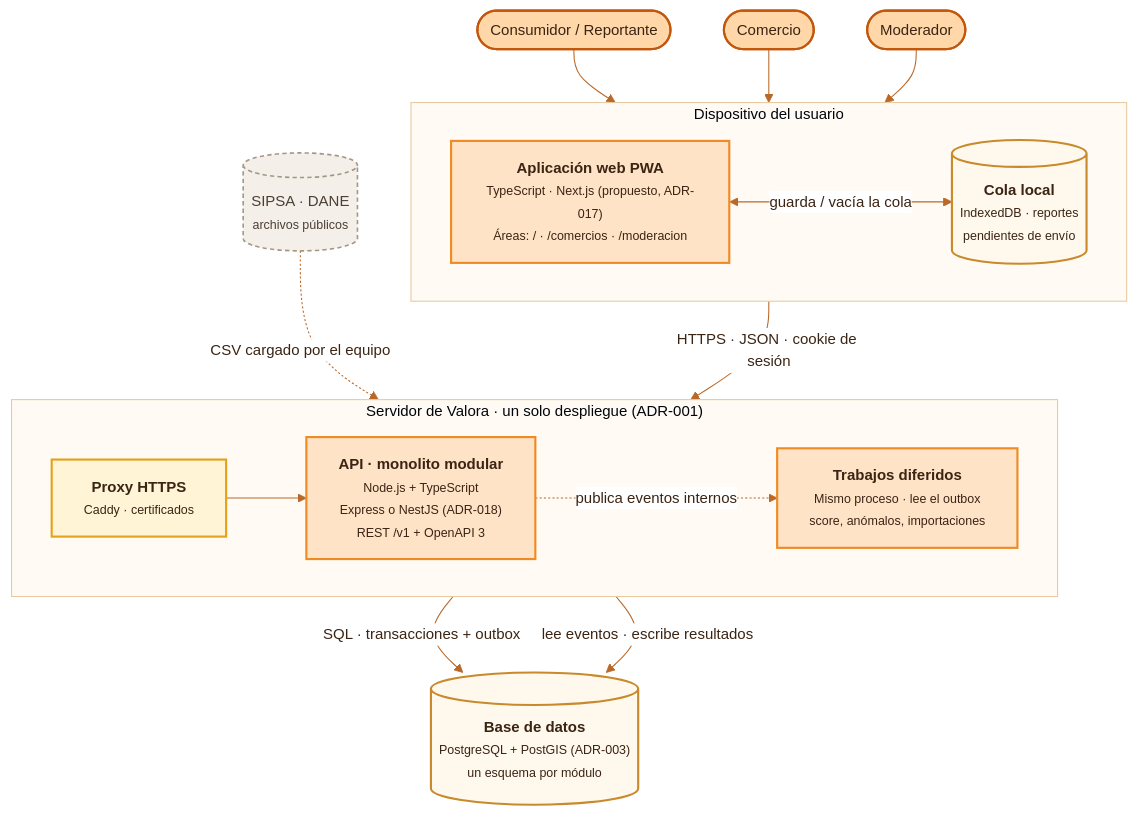
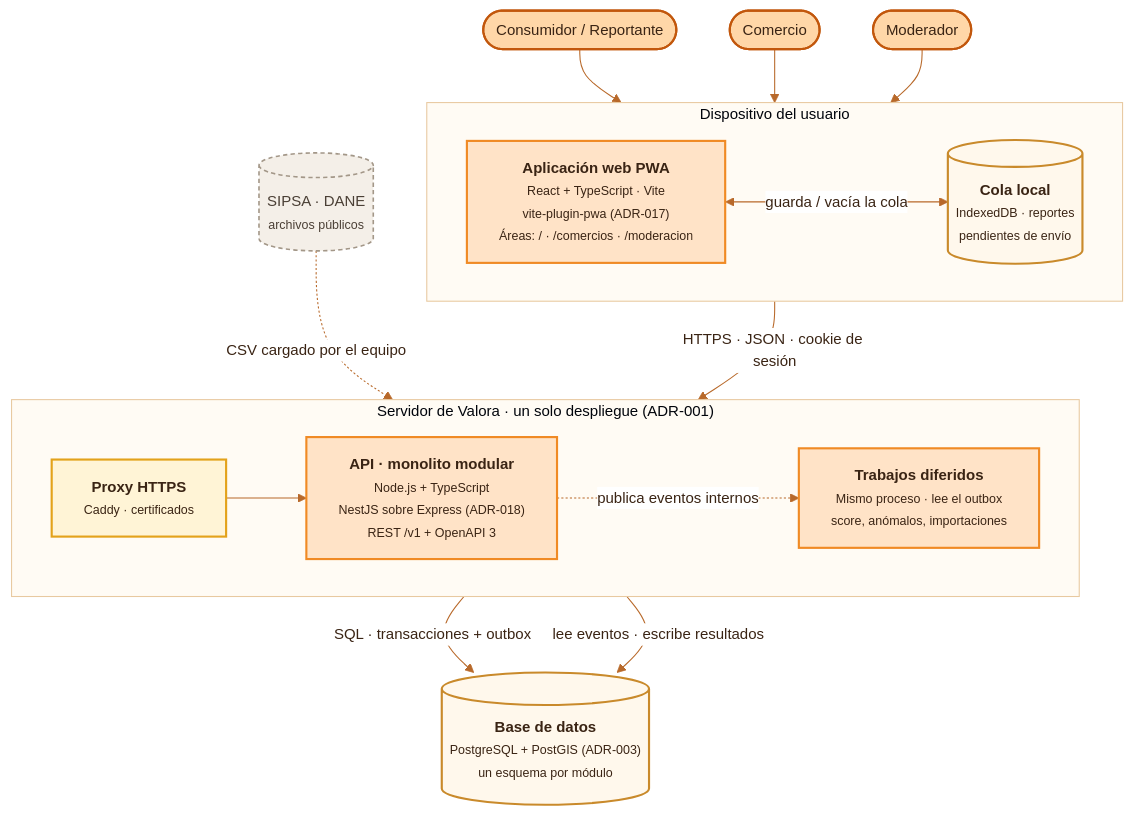
One commit to JuanJo0775/Sistema_valora_B changed the diagram in docs/diagramas/02-c4-contenedores.mmd. Above: the diagram before and after it, drawn with Mermaid. The commit also changed 3 other files, not shown here.

First line of the commit message:
docs: registrar frameworks aceptados (React + Vite y NestJS)

```diff
--- a/docs/diagramas/02-c4-contenedores.mmd
+++ b/docs/diagramas/02-c4-contenedores.mmd
@@ -1,38 +1,38 @@
 %%{init: {"theme":"base","themeVariables":{"fontFamily":"DejaVu Sans, Verdana, Arial, sans-serif","fontSize":"14px","primaryColor":"#FFF1DF","primaryBorderColor":"#F08A24","primaryTextColor":"#3A2414","secondaryColor":"#FFF7D6","tertiaryColor":"#FFFBF4","lineColor":"#B8692A","textColor":"#3A2414","clusterBkg":"#FFFBF4","clusterBorder":"#E8C9A0","edgeLabelBackground":"#FFFFFF","actorBkg":"#FFE3C7","actorBorder":"#F08A24","actorTextColor":"#3A2414","actorLineColor":"#E8B98A","signalColor":"#8A4B14","signalTextColor":"#3A2414","labelBoxBkgColor":"#FFE3C7","labelBoxBorderColor":"#F08A24","labelTextColor":"#3A2414","loopTextColor":"#8A4B14","noteBkgColor":"#FFF7D6","noteBorderColor":"#E3A21A","noteTextColor":"#3A2414","activationBkgColor":"#FFD7A8","activationBorderColor":"#F08A24","sequenceNumberColor":"#FFFFFF"}}}%%
 flowchart TB
   CON(["Consumidor / Reportante"]):::persona
   COM(["Comercio"]):::persona
   MOD(["Moderador"]):::persona
   subgraph DEV["Dispositivo del usuario"]
     direction LR
-    WEB["<b>Aplicación web PWA</b><br/><small>TypeScript · Next.js (propuesto, ADR-017)<br/>Áreas: / · /comercios · /moderacion</small>"]:::nucleo
+    WEB["<b>Aplicación web PWA</b><br/><small>React + TypeScript · Vite<br/>vite-plugin-pwa (ADR-017)<br/>Áreas: / · /comercios · /moderacion</small>"]:::nucleo
     IDB[("<b>Cola local</b><br/><small>IndexedDB · reportes<br/>pendientes de envío</small>")]:::datos
   end
   subgraph SRV["Servidor de Valora · un solo despliegue (ADR-001)"]
     direction LR
     PX["<b>Proxy HTTPS</b><br/><small>Caddy · certificados</small>"]:::soporte
-    APP["<b>API · monolito modular</b><br/><small>Node.js + TypeScript<br/>Express o NestJS (ADR-018)<br/>REST /v1 + OpenAPI 3</small>"]:::nucleo
+    APP["<b>API · monolito modular</b><br/><small>Node.js + TypeScript<br/>NestJS sobre Express (ADR-018)<br/>REST /v1 + OpenAPI 3</small>"]:::nucleo
     JOB["<b>Trabajos diferidos</b><br/><small>Mismo proceso · lee el outbox<br/>score, anómalos, importaciones</small>"]:::nucleo
   end
   DB[("<b>Base de datos</b><br/><small>PostgreSQL + PostGIS (ADR-003)<br/>un esquema por módulo</small>")]:::datos
   SIP[("SIPSA · DANE<br/><small>archivos públicos</small>")]:::externo
   CON --> WEB
   COM --> WEB
   MOD --> WEB
   WEB <-->|"guarda / vacía la cola"| IDB
   WEB -->|"HTTPS · JSON · cookie de sesión"| PX
   PX --> APP
   APP -->|"SQL · transacciones + outbox"| DB
   JOB -->|"lee eventos · escribe resultados"| DB
   APP -.->|"publica eventos internos"| JOB
   SIP -.->|"CSV cargado por el equipo"| APP
 
 classDef persona fill:#FFD7A8,stroke:#C2570C,stroke-width:2px,color:#3A2414
 classDef sistema fill:#FD8A2E,stroke:#C2570C,stroke-width:2px,color:#2A1405
 classDef nucleo fill:#FFE3C7,stroke:#F08A24,stroke-width:2px,color:#3A2414
 classDef soporte fill:#FFF4D6,stroke:#E3A21A,stroke-width:2px,color:#3A2414
 classDef evol fill:#FFE6DC,stroke:#E06A3A,stroke-width:2px,stroke-dasharray:6 4,color:#3A2414
 classDef externo fill:#F4EFE8,stroke:#A39788,stroke-width:1.5px,stroke-dasharray:4 3,color:#4A3F35
 classDef datos fill:#FFF8EC,stroke:#C98A2B,stroke-width:2px,color:#3A2414
 classDef dominio fill:#FFFDF7,stroke:#8A4B14,stroke-width:2.5px,color:#3A2414
 classDef nota fill:#FFFBEA,stroke:#E8D49A,stroke-width:1px,color:#6B5530
```
